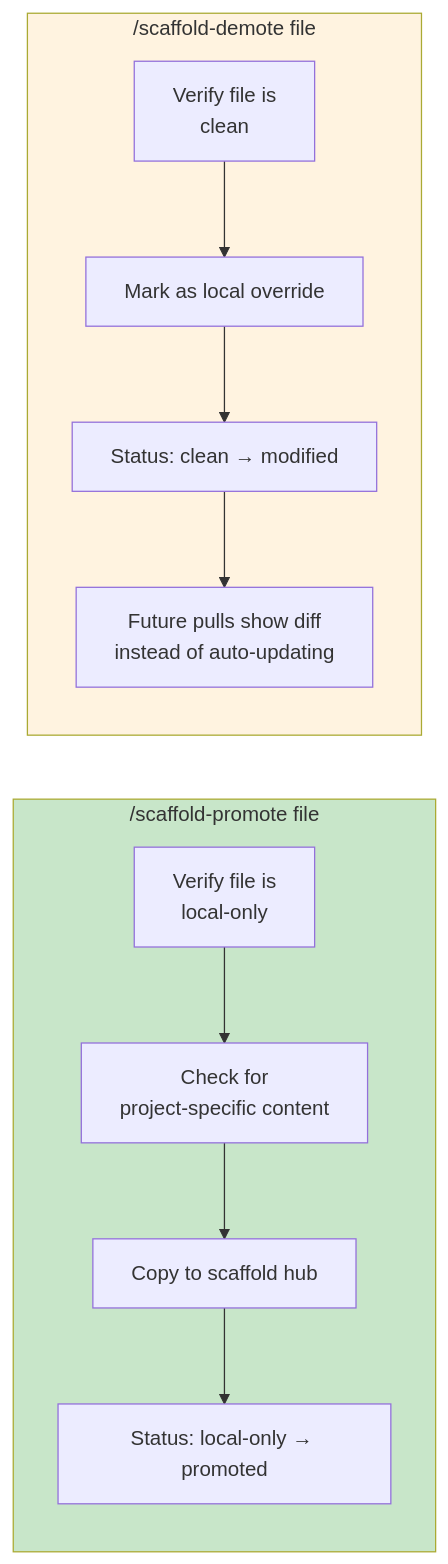
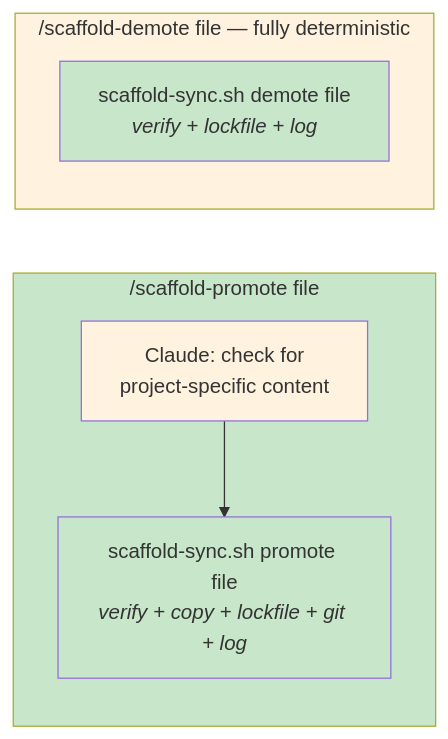
Before and after one commit to goldhaxx/fucina: diagram 11 of 18 in GUIDE.md, drawn with Mermaid. The commit also changed other lines of this file and 13 other files, not shown here.

First line of the commit message:
chore(scaffold): pull hub updates — deterministic-first, hooks, compound commands

````diff
--- a/GUIDE.md
+++ b/GUIDE.md
@@ -538,17 +511,16 @@
 ```mermaid
 flowchart LR
     subgraph Promote ["/scaffold-promote file"]
-        P1["Verify file is<br/>local-only"] --> P2["Check for<br/>project-specific content"]
-        P2 --> P3["Copy to scaffold hub"]
-        P3 --> P4["Status: local-only → promoted"]
+        P1["Claude: check for<br/>project-specific content"] --> P2["scaffold-sync.sh promote file<br/><i>verify + copy + lockfile + git + log</i>"]
     end
 
-    subgraph Demote ["/scaffold-demote file"]
-        D1["Verify file is<br/>clean"] --> D2["Mark as local override"]
-        D2 --> D3["Status: clean → modified"]
-        D3 --> D4["Future pulls show diff<br/>instead of auto-updating"]
+    subgraph Demote ["/scaffold-demote file — fully deterministic"]
+        D1["scaffold-sync.sh demote file<br/><i>verify + lockfile + log</i>"]
     end
 
     style Promote fill:#c8e6c9
     style Demote fill:#fff3e0
+    style P1 fill:#fff3e0
+    style P2 fill:#c8e6c9
+    style D1 fill:#c8e6c9
 ```
````
